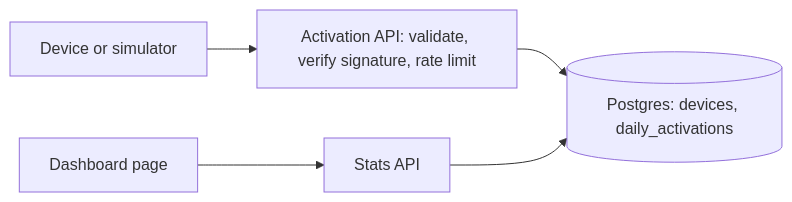
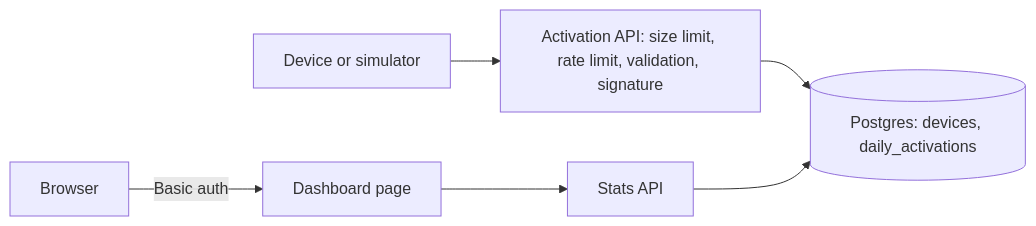
The first of 2 diagrams in README.md (omer-shen-tzur/activation-server), drawn with Mermaid before and after one commit. The commit also changed other lines of this file, not shown here.

Commit message:
docs: final README with quick start, API, tests, limitations and improvements

````diff
--- a/README.md
+++ b/README.md
@@ -44,7 +98,8 @@
 ```mermaid
 flowchart LR
-    Dev["Device or simulator"] --> API["Activation API: validate, verify signature, rate limit"]
+    Dev["Device or simulator"] --> API["Activation API: size limit, rate limit, validation, signature"]
     API --> DB[("Postgres: devices, daily_activations")]
-    Page["Dashboard page"] --> Stats["Stats API"]
+    Browser["Browser"] -->|Basic auth| Page["Dashboard page"]
+    Page --> Stats["Stats API"]
     Stats --> DB
 ```
````
